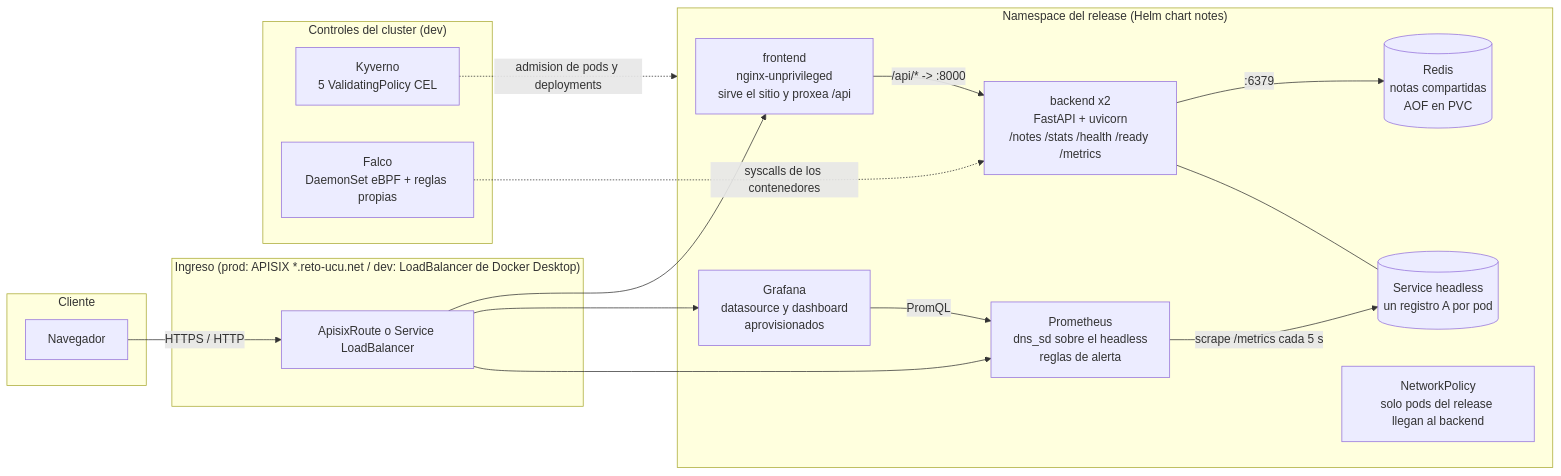
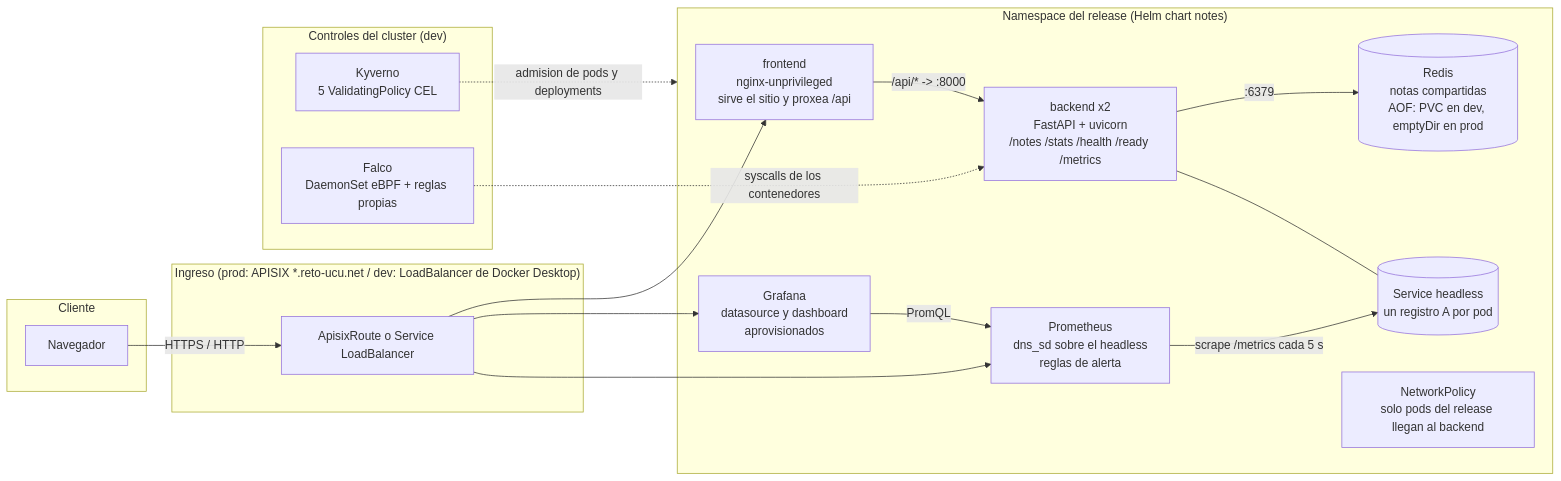
One commit to felicabrera/devops-entregable4 changed the first of 2 diagrams in docs/arquitectura.md. Above: the diagram before and after it, drawn with Mermaid. The commit also changed other lines of this file and 6 other files, not shown here.

````diff
--- a/docs/arquitectura.md
+++ b/docs/arquitectura.md
@@ -5,37 +5,37 @@
 ```mermaid
 flowchart LR
     subgraph Cliente
         U[Navegador]
     end
 
     subgraph Ingreso["Ingreso (prod: APISIX *.reto-ucu.net / dev: LoadBalancer de Docker Desktop)"]
         R[ApisixRoute o Service LoadBalancer]
     end
 
     subgraph NS["Namespace del release (Helm chart notes)"]
         F[frontend<br/>nginx-unprivileged<br/>sirve el sitio y proxea /api]
         B[backend x2<br/>FastAPI + uvicorn<br/>/notes /stats /health /ready /metrics]
-        RD[(Redis<br/>notas compartidas<br/>AOF en PVC)]
+        RD[(Redis<br/>notas compartidas<br/>AOF: PVC en dev, emptyDir en prod)]
         H[(Service headless<br/>un registro A por pod)]
         P[Prometheus<br/>dns_sd sobre el headless<br/>reglas de alerta]
         G[Grafana<br/>datasource y dashboard<br/>aprovisionados]
         NP[NetworkPolicy<br/>solo pods del release llegan al backend]
     end
 
     subgraph Cluster["Controles del cluster (dev)"]
         K[Kyverno<br/>5 ValidatingPolicy CEL]
         FA[Falco<br/>DaemonSet eBPF + reglas propias]
     end
 
     U -->|HTTPS / HTTP| R
     R --> F
     R --> G
     R --> P
     F -->|/api/* -> :8000| B
     B -->|:6379| RD
     B --- H
     P -->|scrape /metrics cada 5 s| H
     G -->|PromQL| P
     K -. admision de pods y deployments .-> NS
     FA -. syscalls de los contenedores .-> B
 ```
````
